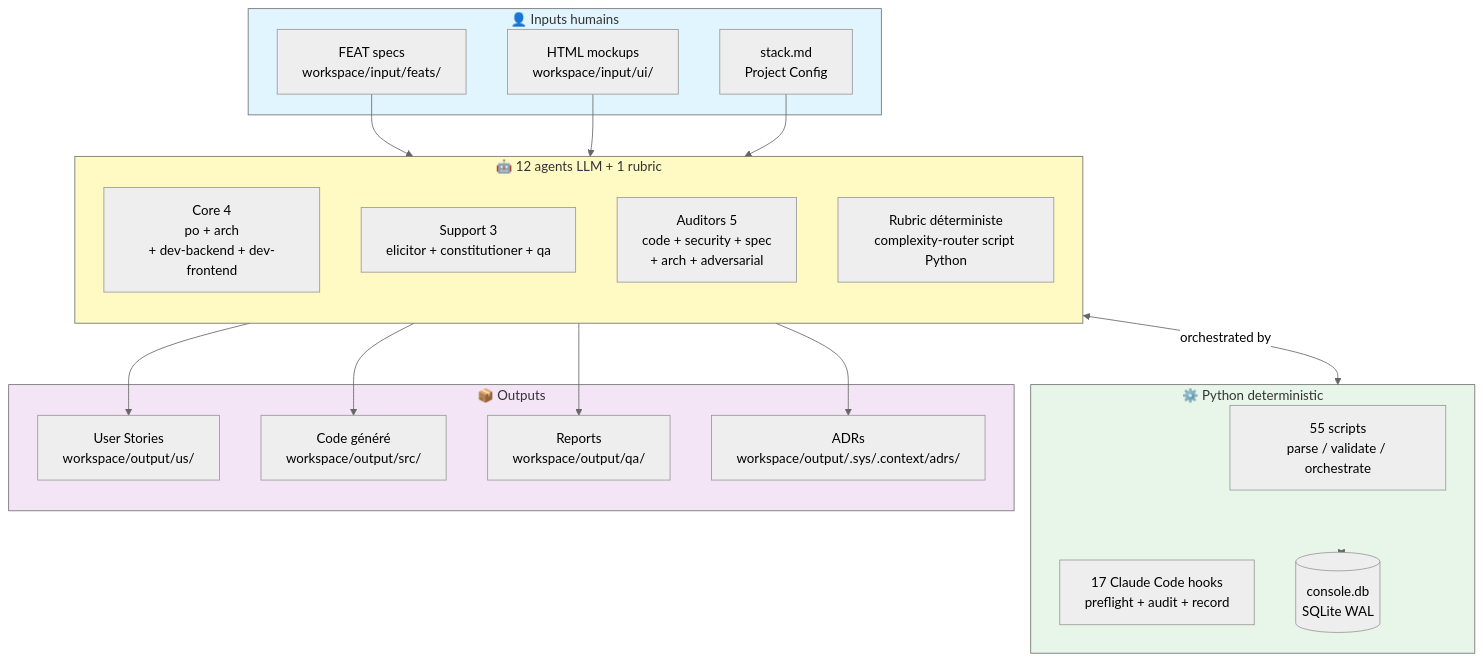
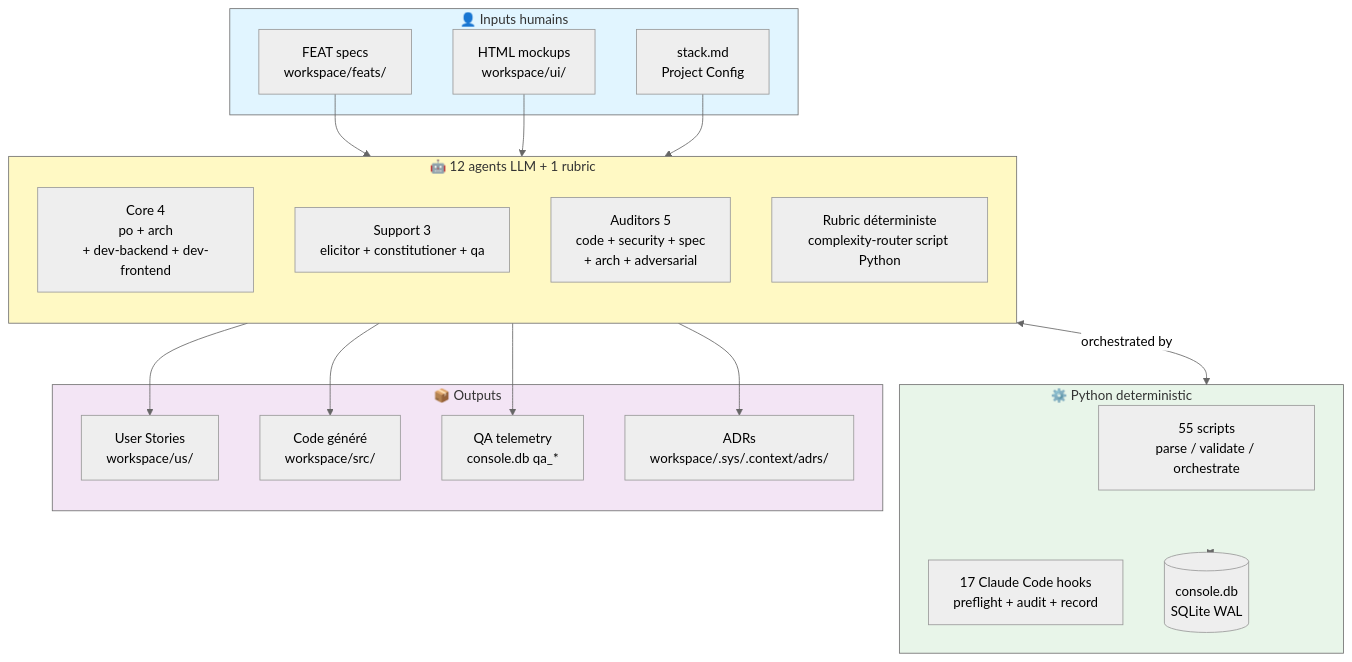
Before and after one commit to MOULAYID/AI-Calorie-Tracker: the first of 3 diagrams in .claude/docs/architecture.md, drawn with Mermaid (neutral theme). The commit also changed other lines of this file and 389 other files, not shown here.

````diff
--- a/.claude/docs/architecture.md
+++ b/.claude/docs/architecture.md
@@ -10,44 +10,44 @@
 ```mermaid
 graph TB
     subgraph Human["👤 Inputs humains"]
-        FEAT[FEAT specs<br/>workspace/input/feats/]
-        UI[HTML mockups<br/>workspace/input/ui/]
+        FEAT[FEAT specs<br/>workspace/feats/]
+        UI[HTML mockups<br/>workspace/ui/]
         STACK[stack.md<br/>Project Config]
     end
 
     subgraph Agents["🤖 12 agents LLM + 1 rubric"]
         direction TB
         CORE[Core 4<br/>po + arch<br/>+ dev-backend + dev-frontend]
         SUPPORT[Support 3<br/>elicitor + constitutioner + qa]
         AUDITORS[Auditors 5<br/>code + security + spec<br/>+ arch + adversarial]
         RUBRIC[Rubric déterministe<br/>complexity-router script Python]
     end
 
     subgraph Determ["⚙️ Python deterministic"]
         SCRIPTS[55 scripts<br/>parse / validate / orchestrate]
         HOOKS[17 Claude Code hooks<br/>preflight + audit + record]
         DB[(console.db<br/>SQLite WAL)]
     end
 
     subgraph Output["📦 Outputs"]
-        US[User Stories<br/>workspace/output/us/]
-        CODE[Code généré<br/>workspace/output/src/]
-        REVIEW[Reports<br/>workspace/output/qa/]
-        ADRS[ADRs<br/>workspace/output/.sys/.context/adrs/]
+        US[User Stories<br/>workspace/us/]
+        CODE[Code généré<br/>workspace/src/]
+        REVIEW[QA telemetry<br/>console.db qa_*]
+        ADRS[ADRs<br/>workspace/.sys/.context/adrs/]
     end
 
     FEAT --> Agents
     UI --> Agents
     STACK --> Agents
     Agents --> US
     Agents --> CODE
     Agents --> REVIEW
     Agents --> ADRS
     Agents <-->|orchestrated by| Determ
     Determ <--> DB
 
     style Human fill:#e1f5ff
     style Agents fill:#fff9c4
     style Determ fill:#e8f5e9
     style Output fill:#f3e5f5
 ```
````
